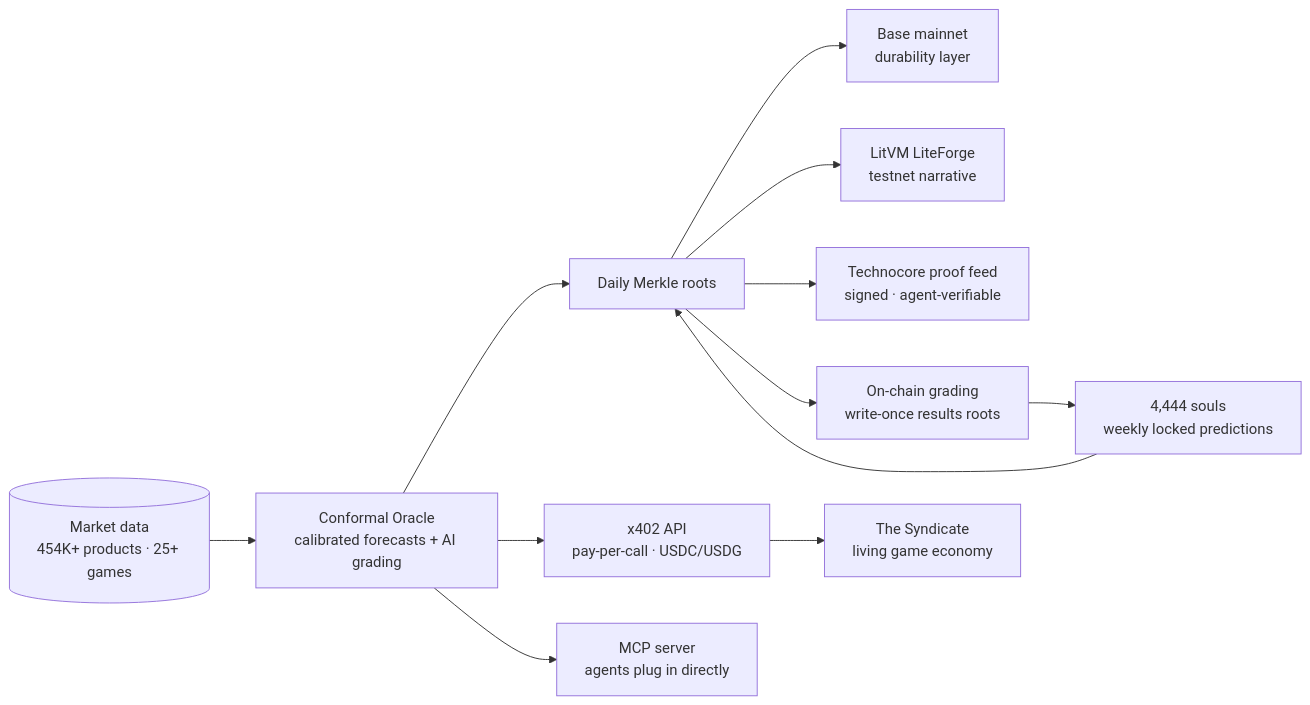
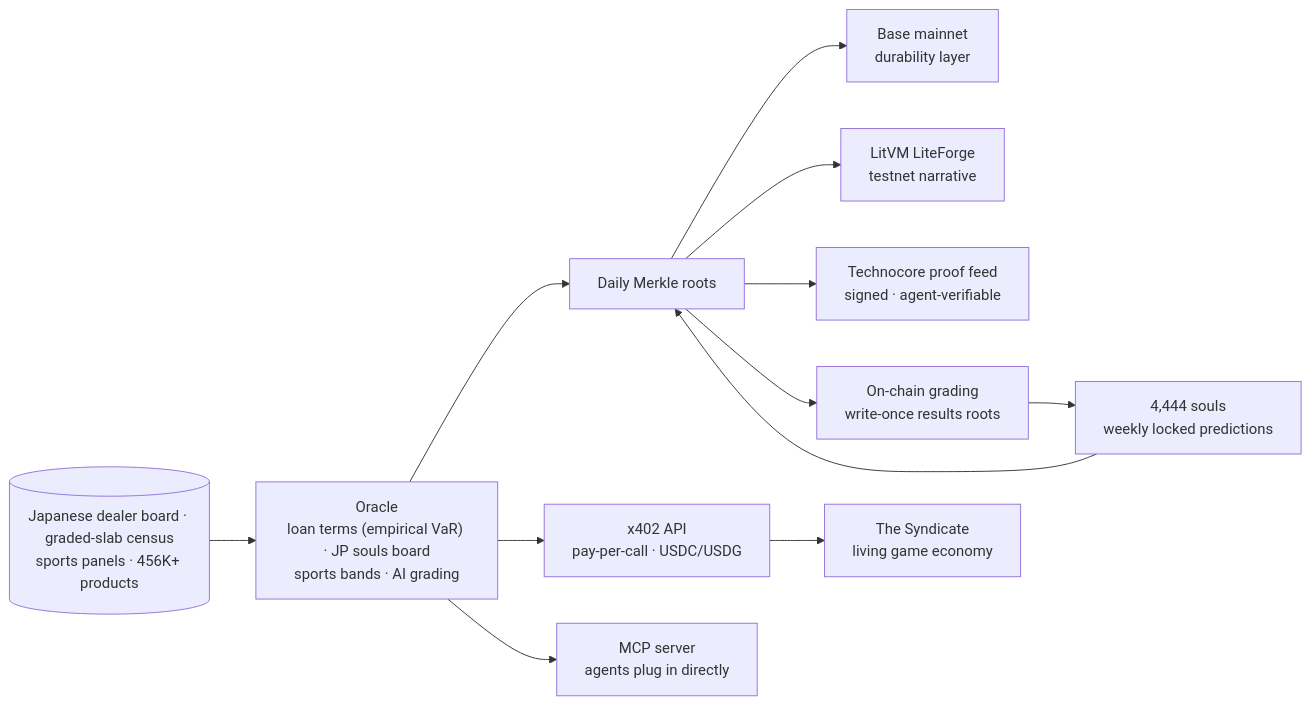
The diagram in README.md (sailorpepe/sailorpepe), drawn with Mermaid before and after one commit. The commit also changed other lines of this file, not shown here.

Commit message:
profile: the product after the USD freeze — Japanese board, graded loan terms, sports; weather retired; package versions

````diff
--- a/README.md
+++ b/README.md
@@ -41,13 +41,13 @@
 ```mermaid
 flowchart LR
-    D[("Market data<br/>454K+ products · 25+ games")] --> O["Conformal Oracle<br/>calibrated forecasts + AI grading"]
+    D[("Japanese dealer board · graded-slab census<br/>sports panels · 456K+ products")] --> O["Oracle<br/>loan terms (empirical VaR) · JP souls board<br/>sports bands · AI grading"]
     O --> R["Daily Merkle roots"]
     R --> B["Base mainnet<br/>durability layer"]
     R --> L["LitVM LiteForge<br/>testnet narrative"]
     O --> API["x402 API<br/>pay-per-call · USDC/USDG"]
     O --> MCP["MCP server<br/>agents plug in directly"]
     R --> TC["Technocore proof feed<br/>signed · agent-verifiable"]
     API --> GAME["The Syndicate<br/>living game economy"]
     SOULS["4,444 souls<br/>weekly locked predictions"] --> R
     R --> GRADE["On-chain grading<br/>write-once results roots"] --> SOULS
 ```
````
